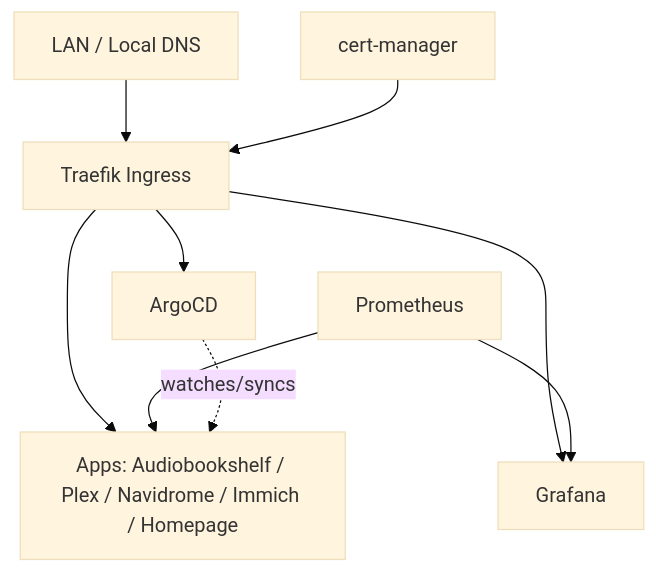
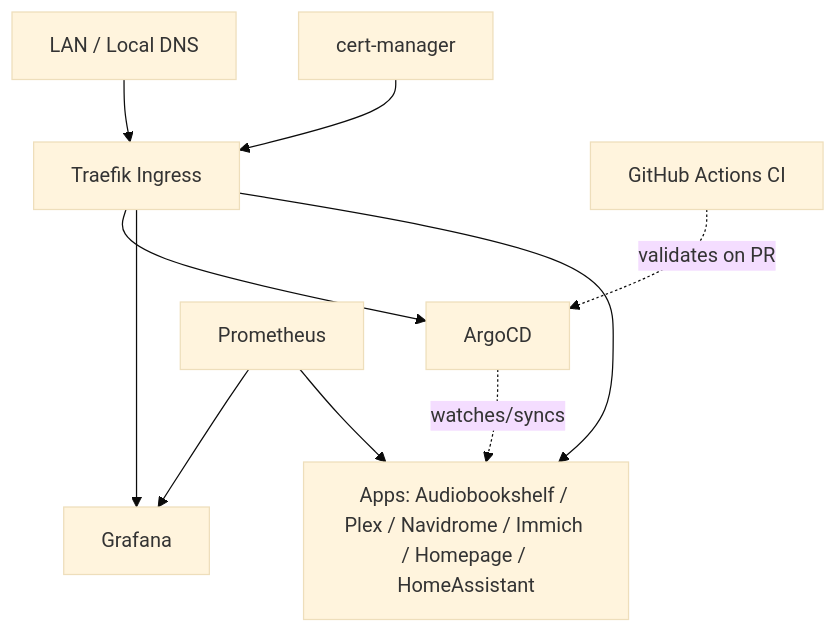
Before and after one commit to Duck8Bill/lab: the diagram in README.md, drawn with Mermaid (base theme). The commit also changed other lines of this file and 1 other file, not shown here.

````diff
--- a/README.md
+++ b/README.md
@@ -14,11 +12,12 @@
 ```mermaid
 graph TD
     LAN[LAN / Local DNS] --> Traefik[Traefik Ingress]
     CertManager[cert-manager] --> Traefik
     Traefik --> ArgoCD
     Traefik --> Grafana
-    Traefik --> Apps[Apps: Audiobookshelf / Plex / Navidrome / Immich / Homepage]
+    Traefik --> Apps[Apps: Audiobookshelf / Plex / Navidrome / Immich / Homepage / HomeAssistant]
     Prometheus --> Grafana
     Prometheus --> Apps
     ArgoCD -.watches/syncs.-> Apps
+    GitHub[GitHub Actions CI] -.validates on PR.-> ArgoCD
 ```
````
